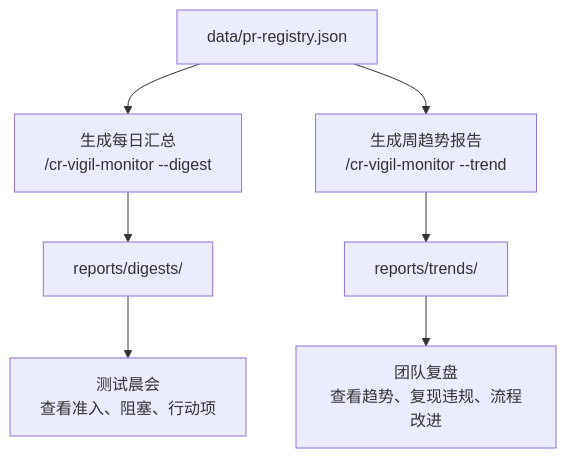
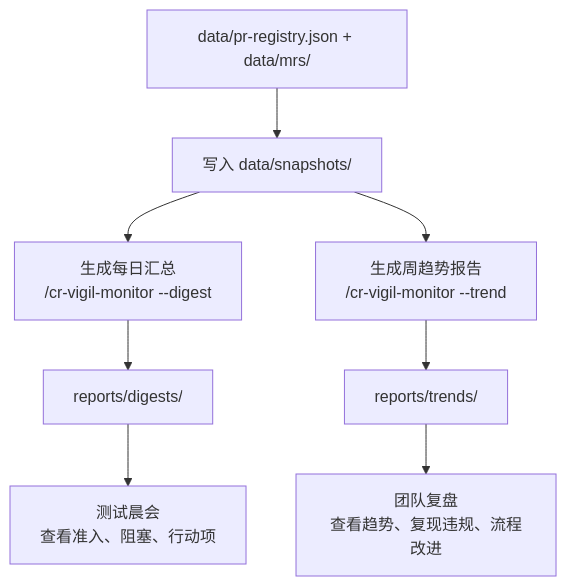
One commit to sunny-xiabo/CR-Vigil changed the sixth of 6 diagrams in docs/flowchart.md. Above: the diagram before and after it, drawn with Mermaid. The commit also changed other lines of this file and 52 other files, not shown here.

````diff
--- a/docs/flowchart.md
+++ b/docs/flowchart.md
@@ -141,11 +142,12 @@
 ```mermaid
 flowchart TD
-    REGISTRY["data/pr-registry.json"] --> DIGEST["生成每日汇总\n/cr-vigil-monitor --digest"]
-    REGISTRY --> TREND["生成周趋势报告\n/cr-vigil-monitor --trend"]
+    REGISTRY["data/pr-registry.json + data/mrs/"] --> SNAPSHOT["写入 data/snapshots/"]
+    SNAPSHOT --> DIGEST["生成每日汇总\n/cr-vigil-monitor --digest"]
+    SNAPSHOT --> TREND["生成周趋势报告\n/cr-vigil-monitor --trend"]
 
     DIGEST --> DIGEST_REPORT["reports/digests/"]
     TREND --> TREND_REPORT["reports/trends/"]
 
     DIGEST_REPORT --> QA_MEETING["测试晨会\n查看准入、阻塞、行动项"]
     TREND_REPORT --> REVIEW_MEETING["团队复盘\n查看趋势、复现违规、流程改进"]
 ```
````
